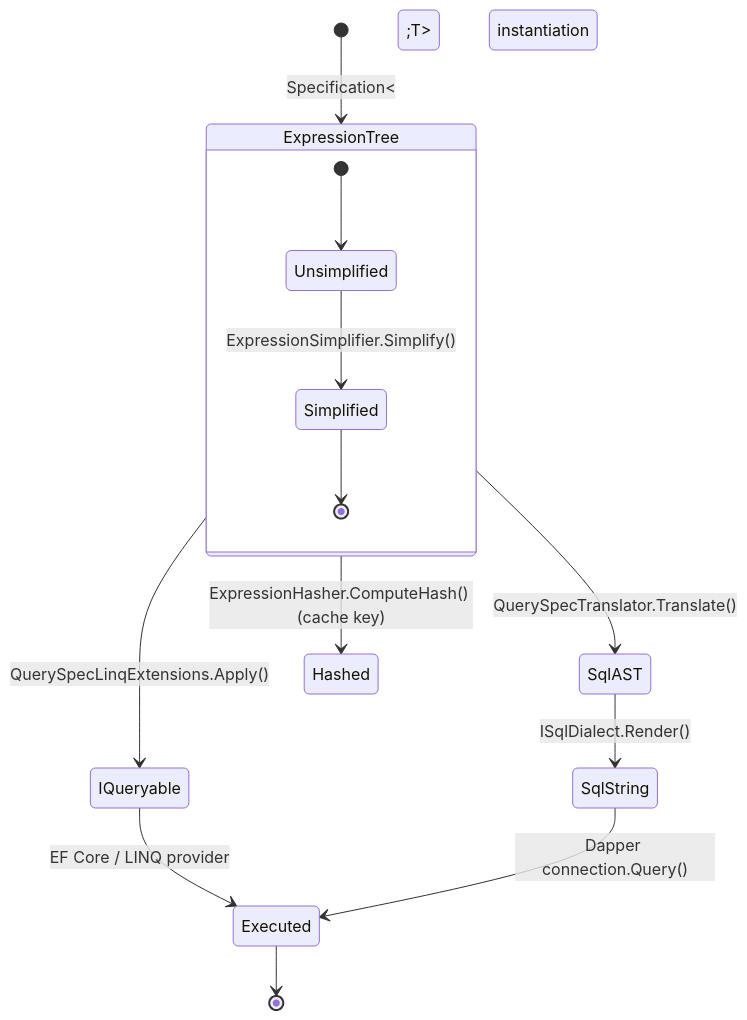
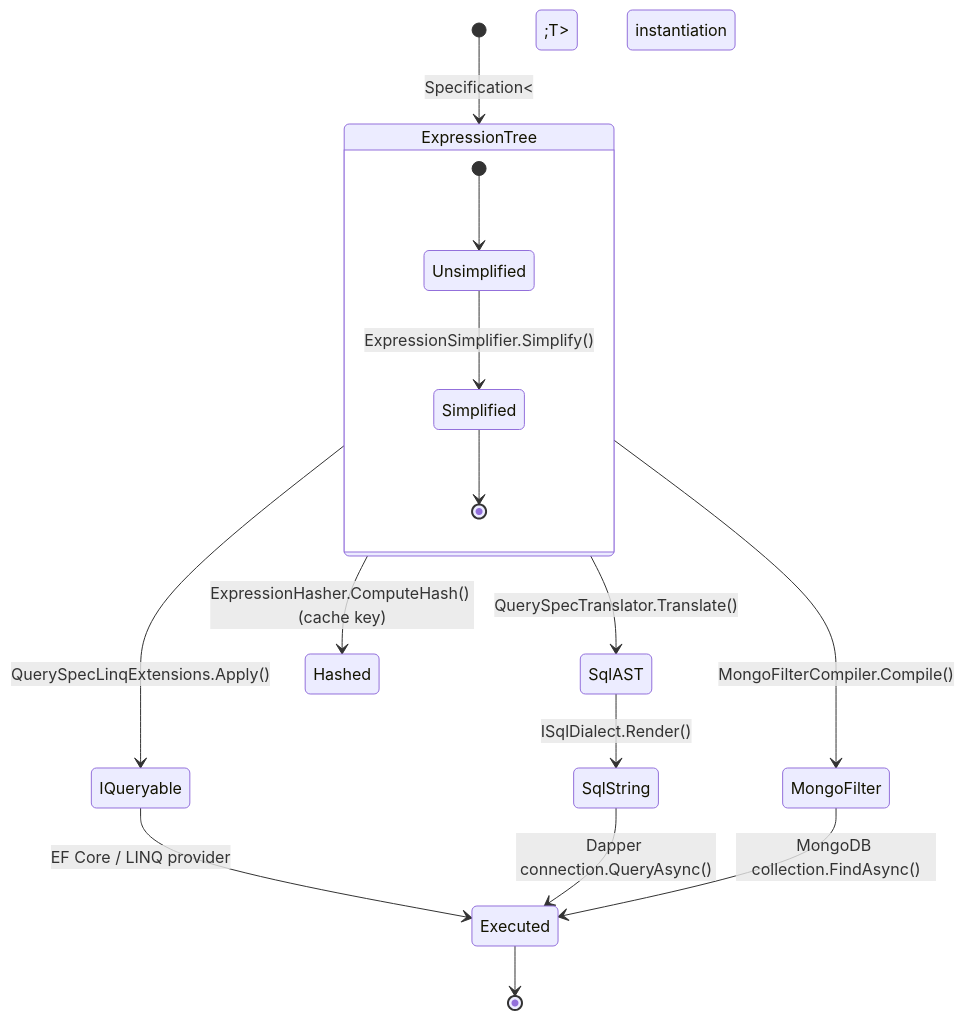
The fourth of 4 diagrams in docs/architecture.md (ericksonlopezf/dotnet-specification), drawn with Mermaid before and after one commit. The commit also changed other lines of this file and 189 other files, not shown here.

````diff
--- a/docs/architecture.md
+++ b/docs/architecture.md
@@ -111,20 +152,22 @@
 ```mermaid
 stateDiagram-v2
     [*] --> ExpressionTree: Specification&lt;T&gt; instantiation
 
     state ExpressionTree {
         [*] --> Unsimplified
         Unsimplified --> Simplified: ExpressionSimplifier.Simplify()
         Simplified --> [*]
     }
 
     ExpressionTree --> IQueryable: QuerySpecLinqExtensions.Apply()
     ExpressionTree --> SqlAST: QuerySpecTranslator.Translate()
     ExpressionTree --> Hashed: ExpressionHasher.ComputeHash() (cache key)
+    ExpressionTree --> MongoFilter: MongoFilterCompiler.Compile()
 
     IQueryable --> Executed: EF Core / LINQ provider
     SqlAST --> SqlString: ISqlDialect.Render()
-    SqlString --> Executed: Dapper connection.Query()
+    SqlString --> Executed: Dapper connection.QueryAsync()
+    MongoFilter --> Executed: MongoDB collection.FindAsync()
 
     Executed --> [*]
 ```
````
